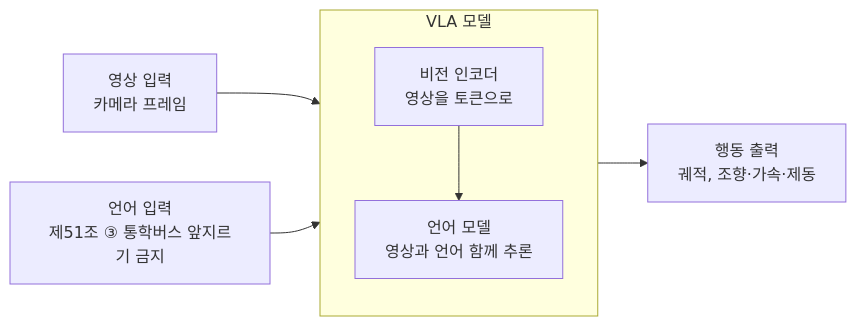
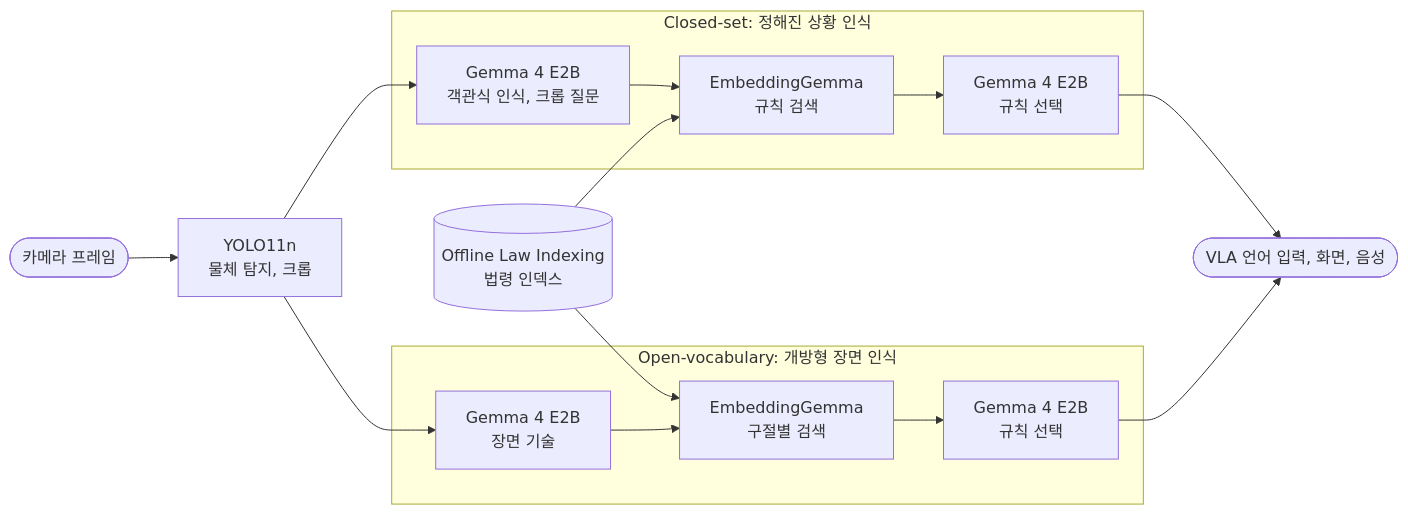
The diagram in Project03/README.md (Nedian0Brien/Vision-LLM-202035152), drawn with Mermaid before and after one commit. The commit also changed other lines of this file and 5 other files, not shown here.

````diff
--- a/Project03/README.md
+++ b/Project03/README.md
@@ -471,9 +68,16 @@
 ```mermaid
 flowchart LR
-    V["영상 입력<br/>카메라 프레임"] --> M
-    L["언어 입력<br/>제51조 ③ 통학버스 앞지르기 금지"] --> M
-    subgraph M["VLA 모델"]
-        E["비전 인코더<br/>영상을 토큰으로"] --> LM["언어 모델<br/>영상과 언어 함께 추론"]
+    IN(["카메라 프레임"]) --> Y["YOLO11n<br/>물체 탐지, 크롭"]
+    subgraph CS["Closed-set: 정해진 상황 인식"]
+        C1["Gemma 4 E2B<br/>객관식 인식, 크롭 질문"] --> C2["EmbeddingGemma<br/>규칙 검색"] --> C3["Gemma 4 E2B<br/>규칙 선택"]
     end
-    M --> A["행동 출력<br/>궤적, 조향·가속·제동"]
+    subgraph OV["Open-vocabulary: 개방형 장면 인식"]
+        O1["Gemma 4 E2B<br/>장면 기술"] --> O2["EmbeddingGemma<br/>구절별 검색"] --> O3["Gemma 4 E2B<br/>규칙 선택"]
+    end
+    Y --> C1
+    Y --> O1
+    IDX[("Offline Law Indexing<br/>법령 인덱스")] --> C2
+    IDX --> O2
+    C3 --> OUT(["VLA 언어 입력, 화면, 음성"])
+    O3 --> OUT
 ```
````
